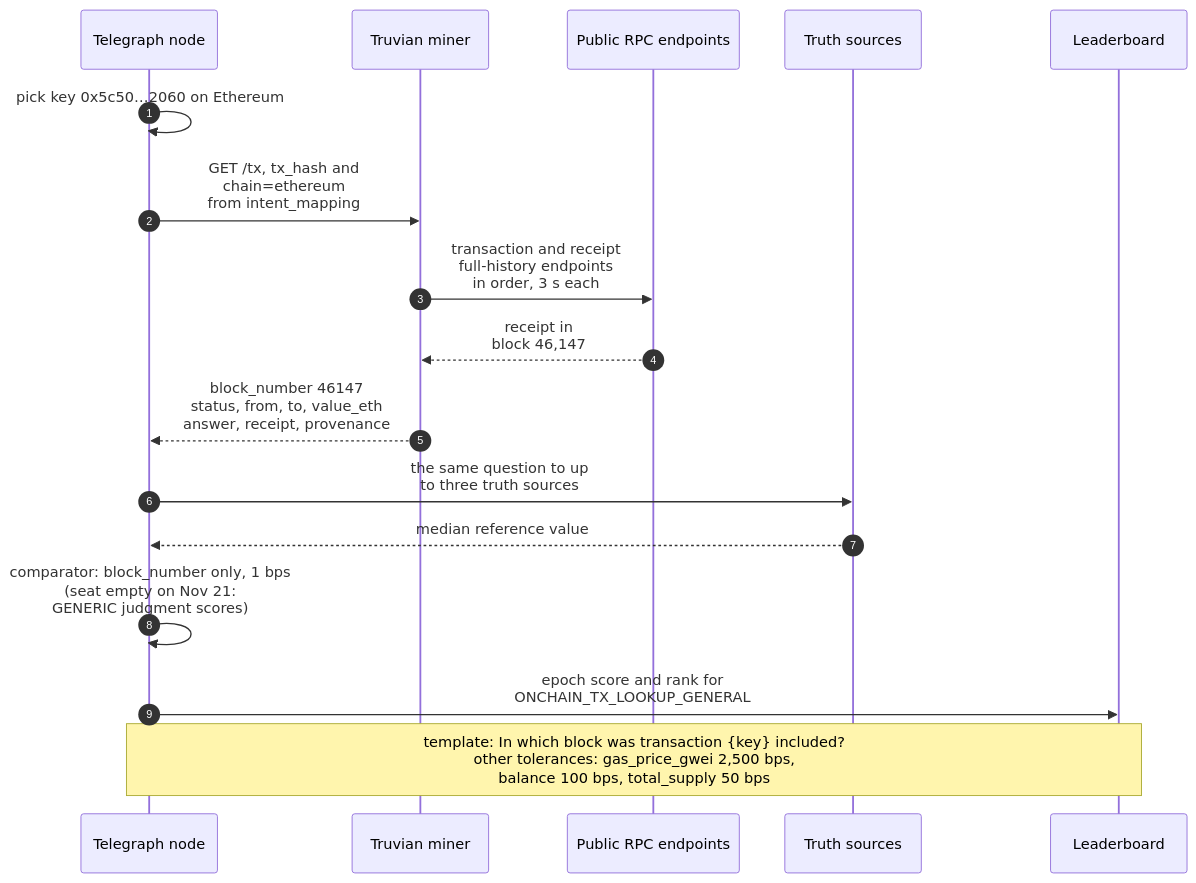
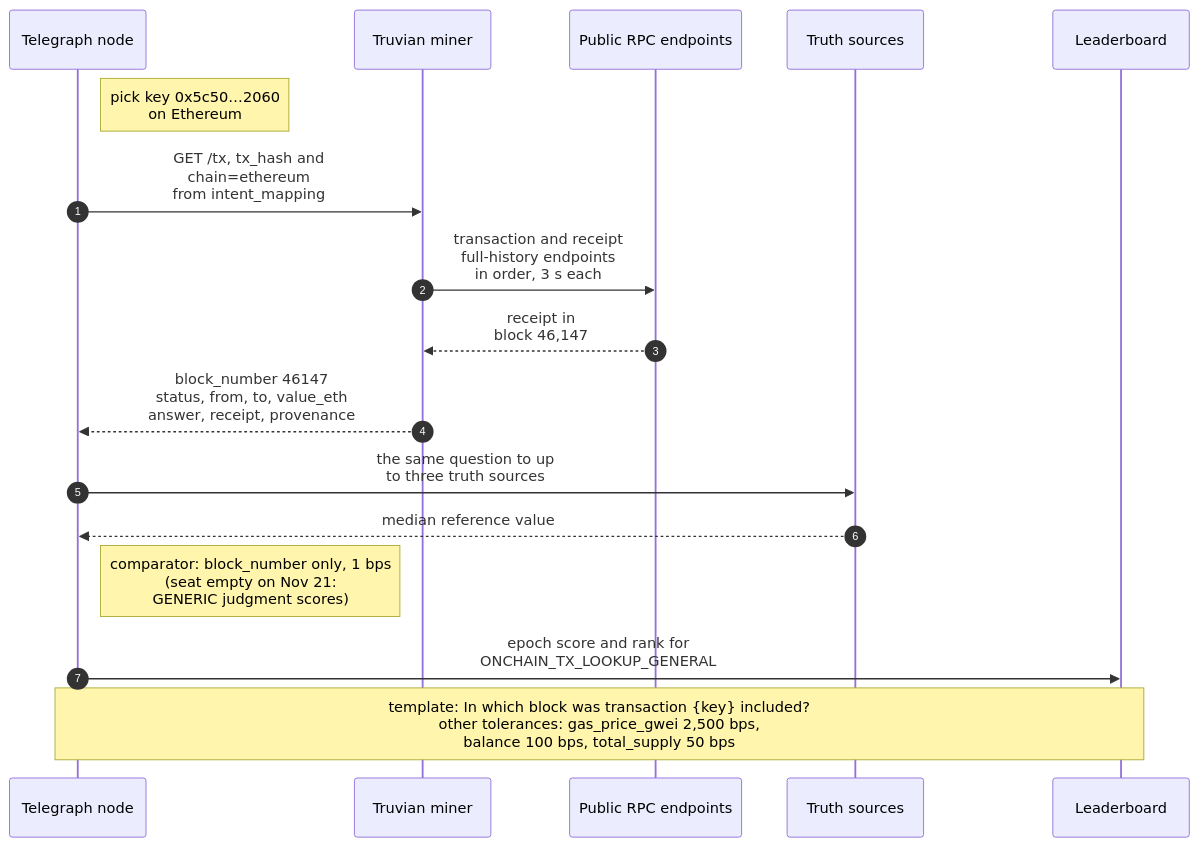
One commit to mrnetwork0001/Truvian changed the fifth of 7 diagrams in README.md. Above: the diagram before and after it, drawn with Mermaid. The commit also changed other lines of this file, not shown here.

First line of the commit message:
README: diagram labels that do not collide, and epoch 30 miner scores

````diff
--- a/README.md
+++ b/README.md
@@ -250,20 +250,20 @@
 ```mermaid
 sequenceDiagram
   autonumber
   participant N as Telegraph node
   participant R as Truvian miner
   participant P as Public RPC endpoints
   participant T as Truth sources
   participant L as Leaderboard
 
-  N->>N: pick key 0x5c50…2060 on Ethereum
+  Note right of N: pick key 0x5c50…2060<br/>on Ethereum
   N->>R: GET /tx, tx_hash and<br/>chain=ethereum<br/>from intent_mapping
   R->>P: transaction and receipt<br/>full-history endpoints<br/>in order, 3 s each
   P-->>R: receipt in<br/>block 46,147
   R-->>N: block_number 46147<br/>status, from, to, value_eth<br/>answer, receipt, provenance
   N->>T: the same question to up<br/>to three truth sources
   T-->>N: median reference value
-  N->>N: comparator: block_number only, 1 bps<br/>(seat empty on Nov 21:<br/>GENERIC judgment scores)
+  Note right of N: comparator: block_number only, 1 bps<br/>(seat empty on Nov 21:<br/>GENERIC judgment scores)
   N->>L: epoch score and rank for<br/>ONCHAIN_TX_LOOKUP_GENERAL
   Note over N,L: template: In which block was transaction {key} included?<br/>other tolerances: gas_price_gwei 2,500 bps,<br/>balance 100 bps, total_supply 50 bps
 ```
````
